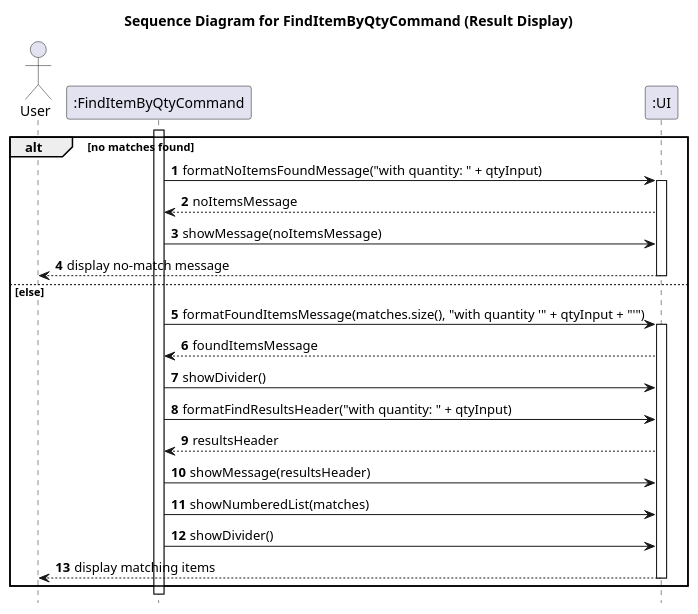
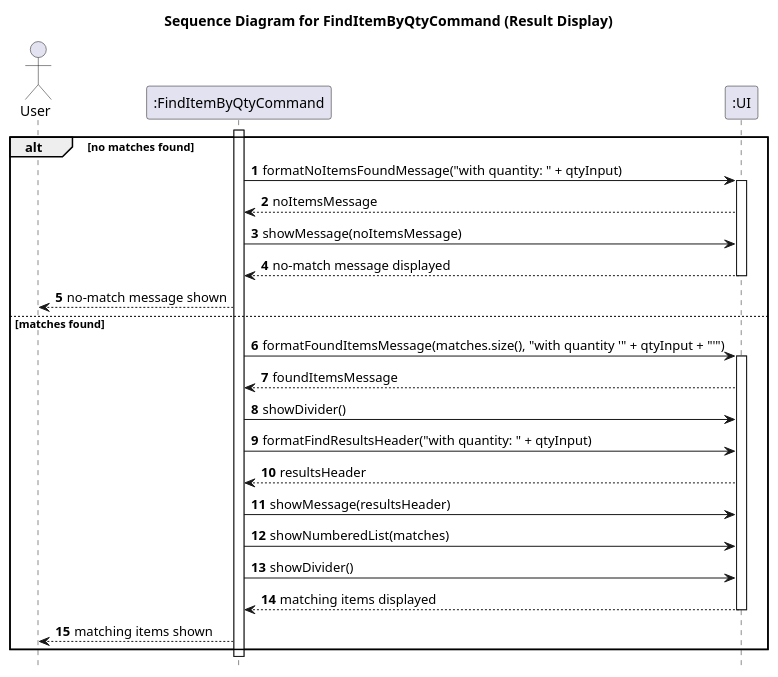
The diagram in docs/diagrams/sequence/FindItemByQtyCommandDisplayFlow.puml (yueyang1111/tp), drawn with PlantUML before and after one commit. The commit also changed other lines of this file and 5 other files, not shown here.

Commit message:
Fix find diagrams

```diff
--- a/docs/diagrams/sequence/FindItemByQtyCommandDisplayFlow.puml
+++ b/docs/diagrams/sequence/FindItemByQtyCommandDisplayFlow.puml
@@ -1,32 +1,35 @@
 @startuml
 title Sequence Diagram for FindItemByQtyCommand (Result Display)
 
 autonumber
 hide footbox
 
 actor User
 participant ":FindItemByQtyCommand" as FindItemByQtyCommand
 participant ":UI" as UI
 
 activate FindItemByQtyCommand
 alt no matches found
     FindItemByQtyCommand -> UI: formatNoItemsFoundMessage("with quantity: " + qtyInput)
     activate UI
     UI --> FindItemByQtyCommand: noItemsMessage
     FindItemByQtyCommand -> UI: showMessage(noItemsMessage)
-    UI --> User: display no-match message
+    UI --> FindItemByQtyCommand: no-match message displayed
     deactivate UI
-else else
+    FindItemByQtyCommand --> User: no-match message shown
+else matches found
     FindItemByQtyCommand -> UI: formatFoundItemsMessage(matches.size(), "with quantity '" + qtyInput + "'")
     activate UI
     UI --> FindItemByQtyCommand: foundItemsMessage
     FindItemByQtyCommand -> UI: showDivider()
     FindItemByQtyCommand -> UI: formatFindResultsHeader("with quantity: " + qtyInput)
     UI --> FindItemByQtyCommand: resultsHeader
     FindItemByQtyCommand -> UI: showMessage(resultsHeader)
     FindItemByQtyCommand -> UI: showNumberedList(matches)
     FindItemByQtyCommand -> UI: showDivider()
-    UI --> User: display matching items
+    UI --> FindItemByQtyCommand: matching items displayed
     deactivate UI
+    FindItemByQtyCommand --> User: matching items shown
 end
+deactivate FindItemByQtyCommand
 @enduml
```
